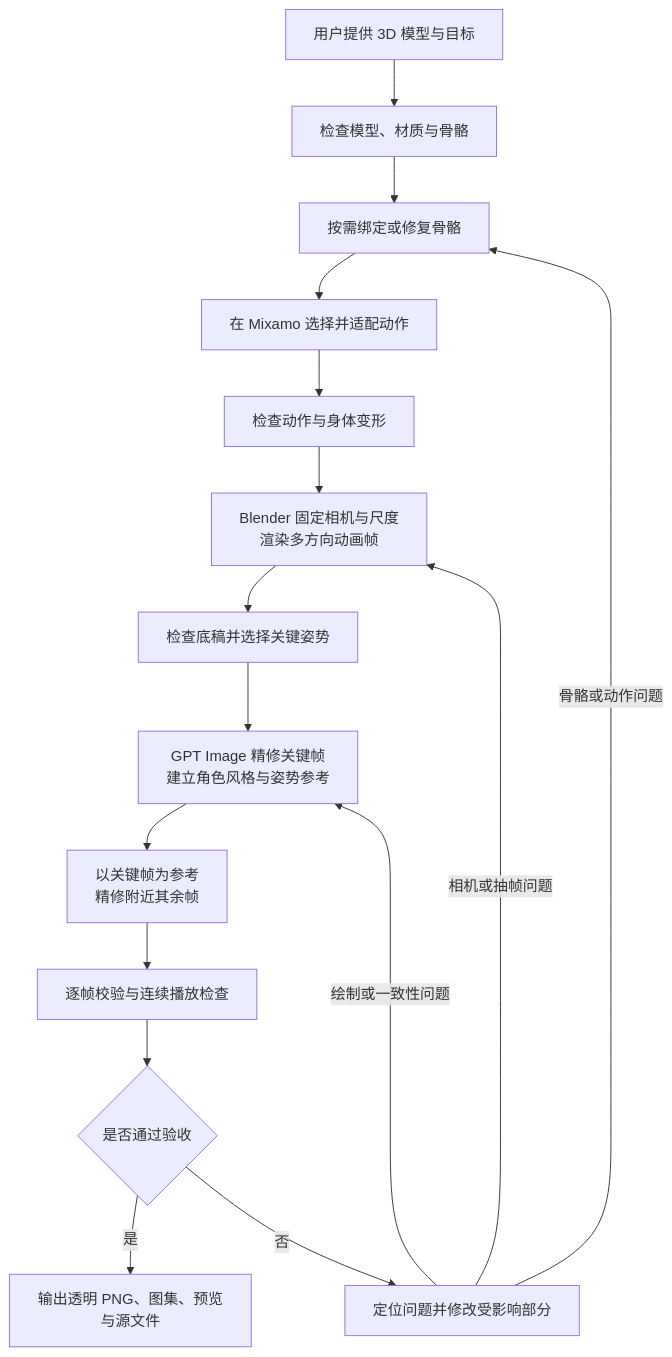
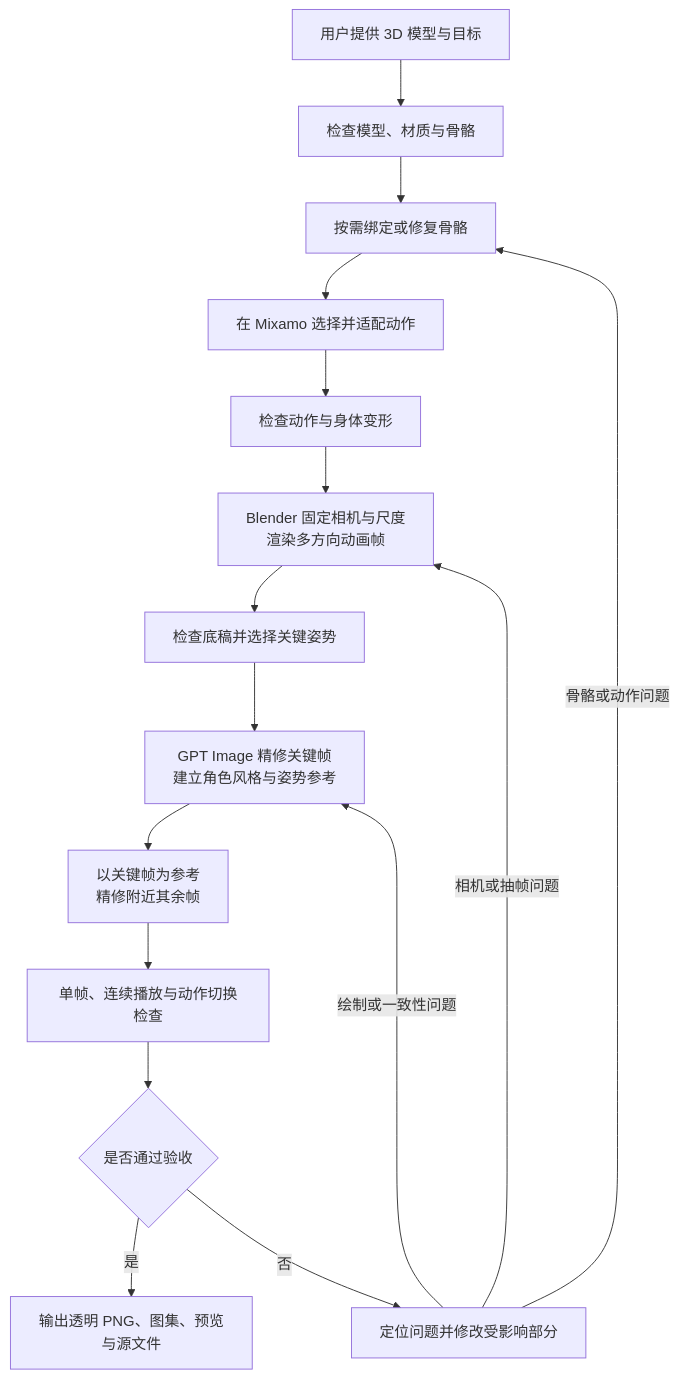
Before and after one commit to zhangrlll/codex-to-2d-sprites: the diagram in README.md, drawn with Mermaid. The commit also changed other lines of this file and 6 other files, not shown here.

````diff
--- a/README.md
+++ b/README.md
@@ -66,18 +66,18 @@
 ```mermaid
 flowchart TD
     A[用户提供 3D 模型与目标] --> B[检查模型、材质与骨骼]
     B --> C[按需绑定或修复骨骼]
     C --> D[在 Mixamo 选择并适配动作]
     D --> E[检查动作与身体变形]
     E --> F[Blender 固定相机与尺度\n渲染多方向动画帧]
     F --> G[检查底稿并选择关键姿势]
     G --> H[GPT Image 精修关键帧\n建立角色风格与姿势参考]
     H --> I[以关键帧为参考\n精修附近其余帧]
-    I --> J[逐帧校验与连续播放检查]
+    I --> J[单帧、连续播放与动作切换检查]
     J --> K{是否通过验收}
     K -- 是 --> L[输出透明 PNG、图集、预览与源文件]
     K -- 否 --> M[定位问题并修改受影响部分]
     M -- 骨骼或动作问题 --> C
     M -- 相机或抽帧问题 --> F
     M -- 绘制或一致性问题 --> H
 ```
````
